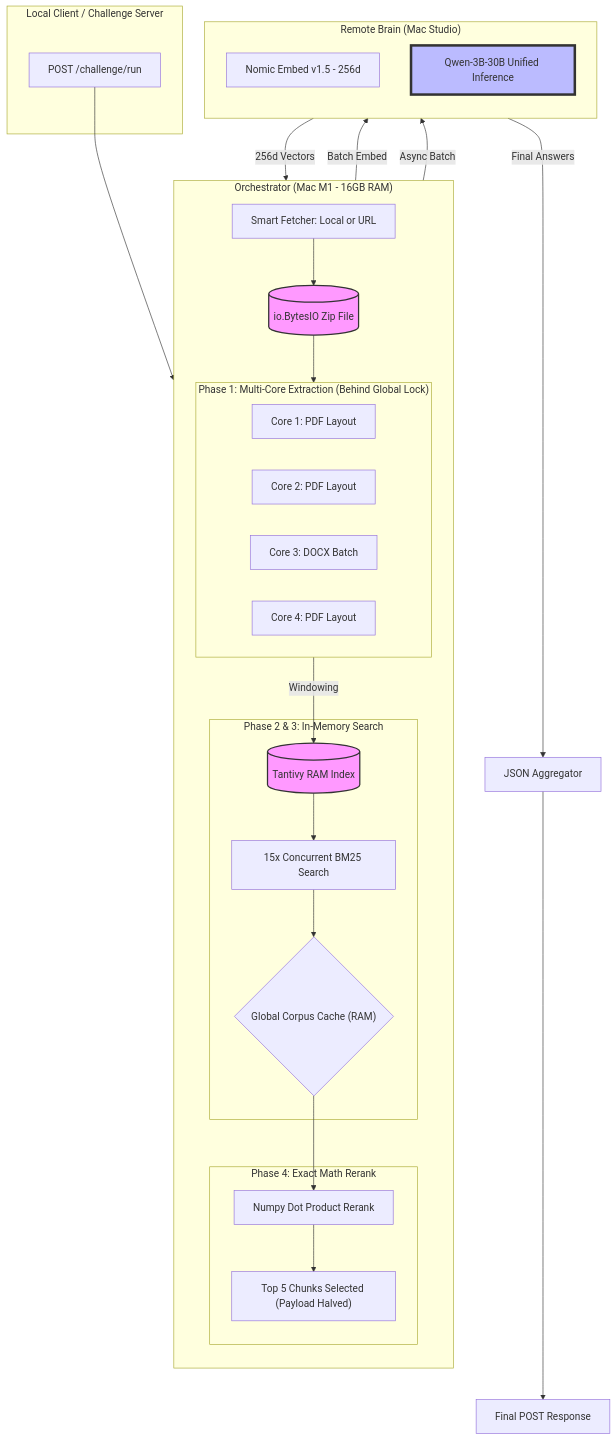
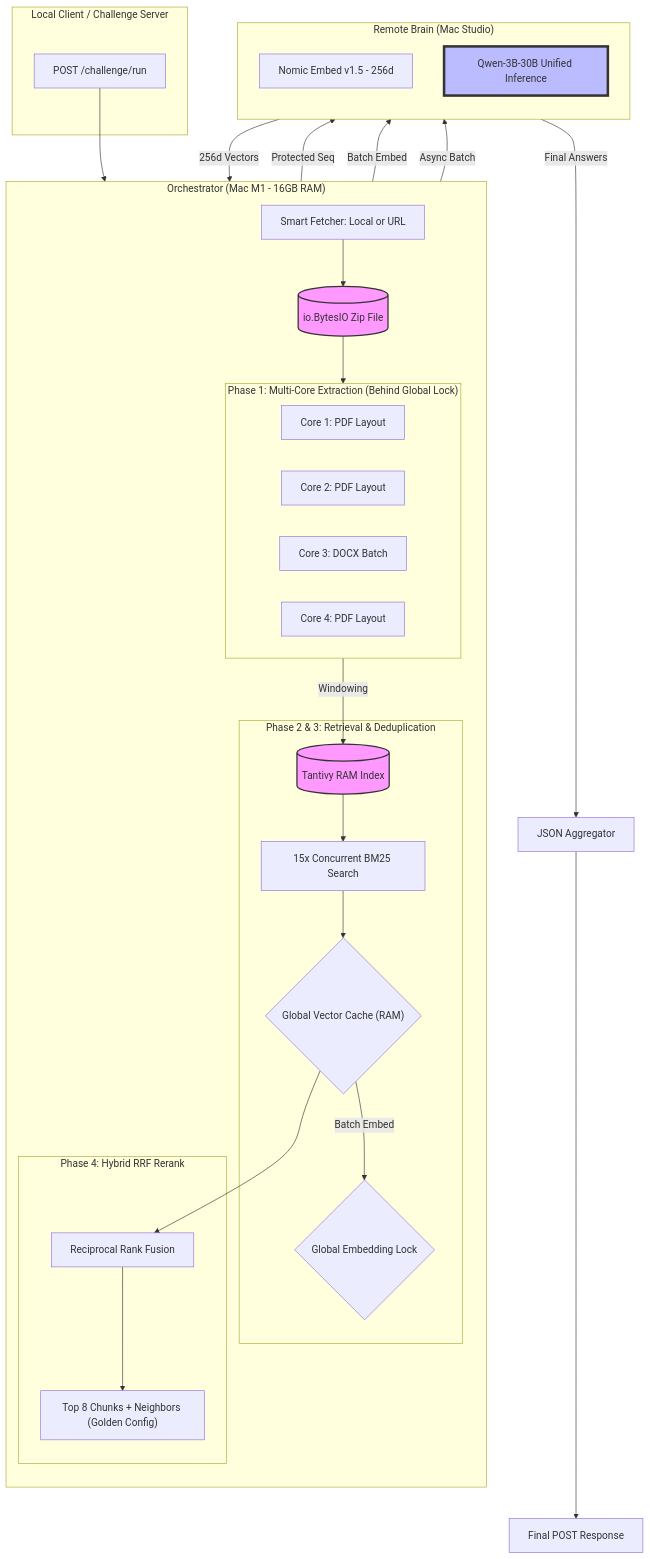
One commit to trident4/Lucio_Challenge changed the diagram in docs/speedrunphases/architecture.md. Above: the diagram before and after it, drawn with Mermaid. The commit also changed other lines of this file and 8 other files, not shown here.

````diff
--- a/docs/speedrunphases/architecture.md
+++ b/docs/speedrunphases/architecture.md
@@ -1,60 +1,62 @@
 ```mermaid
 flowchart TD
 subgraph Client["Local Client / Challenge Server"]
 Trigger["POST /challenge/run"]
 end
 
     subgraph M1["Orchestrator (Mac M1 - 16GB RAM)"]
         direction TB
         Fetch["Smart Fetcher: Local or URL"]
         RAM_Zip[("io.BytesIO Zip File")]
 
         subgraph Extraction["Phase 1: Multi-Core Extraction (Behind Global Lock)"]
             direction LR
             P1["Core 1: PDF Layout"]
             P2["Core 2: PDF Layout"]
             P3["Core 3: DOCX Batch"]
             P4["Core 4: PDF Layout"]
         end
 
-        subgraph Search["Phase 2 & 3: In-Memory Search"]
+        subgraph Search["Phase 2 & 3: Retrieval & Deduplication"]
             Tantivy[("Tantivy RAM Index")]
             BM25["15x Concurrent BM25 Search"]
-            Cache{"Global Corpus Cache (RAM)"}
+            EmbedLock{"Global Embedding Lock"}
+            Cache{"Global Vector Cache (RAM)"}
         end
 
-        subgraph Rerank["Phase 4: Exact Math Rerank"]
-            Numpy["Numpy Dot Product Rerank"]
-            Top5["Top 5 Chunks Selected (Payload Halved)"]
+        subgraph Rerank["Phase 4: Hybrid RRF Rerank"]
+            RRF["Reciprocal Rank Fusion"]
+            Top8["Top 8 Chunks + Neighbors (Golden Config)"]
         end
     end
 
     subgraph Studio["Remote Brain (Mac Studio)"]
         direction TB
         Embed["Nomic Embed v1.5 - 256d"]
         Qwen["Qwen-3B-30B Unified Inference"]
     end
 
     %% Connections
     Trigger --> Fetch
     Fetch --> RAM_Zip
     RAM_Zip --> Extraction
     Extraction -->|Windowing| Tantivy
     Tantivy --> BM25
     BM25 --> Cache
-
+    Cache -- "Batch Embed" --> EmbedLock
+    EmbedLock -- "Protected Seq" --> Embed
     %% Remote Calls
     Cache -- "Batch Embed" --> Embed
     Embed -- "256d Vectors" --> Cache
-    Cache --> Numpy
-    Numpy --> Top5
-    Top5 -- "Async Batch" --> Qwen
+    Cache --> RRF
+    RRF --> Top8
+    Top8 -- "Async Batch" --> Qwen
     Qwen -- "Final Answers" --> Aggregator["JSON Aggregator"]
 
     Aggregator --> Output["Final POST Response"]
 
     %% Styling
     style RAM_Zip fill:#f9f,stroke:#333,stroke-width:2px
     style Tantivy fill:#f9f,stroke:#333,stroke-width:2px
     style Qwen fill:#bbf,stroke:#333,stroke-width:4px
 ```
````
